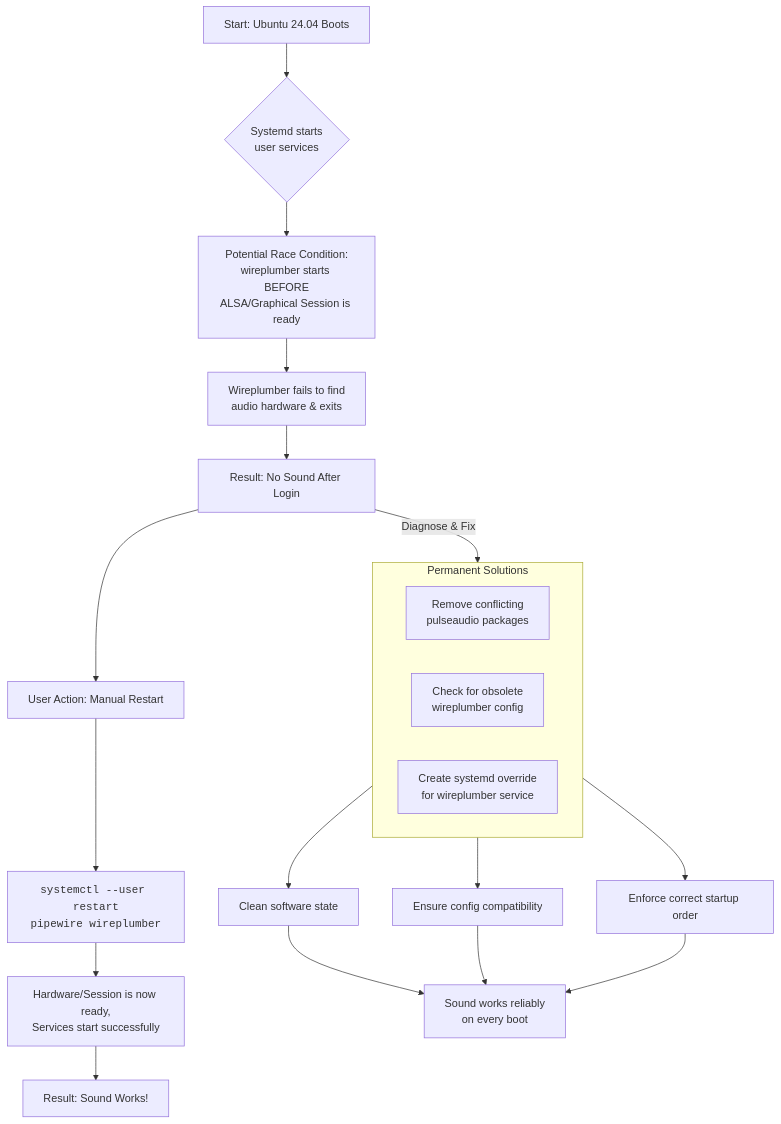
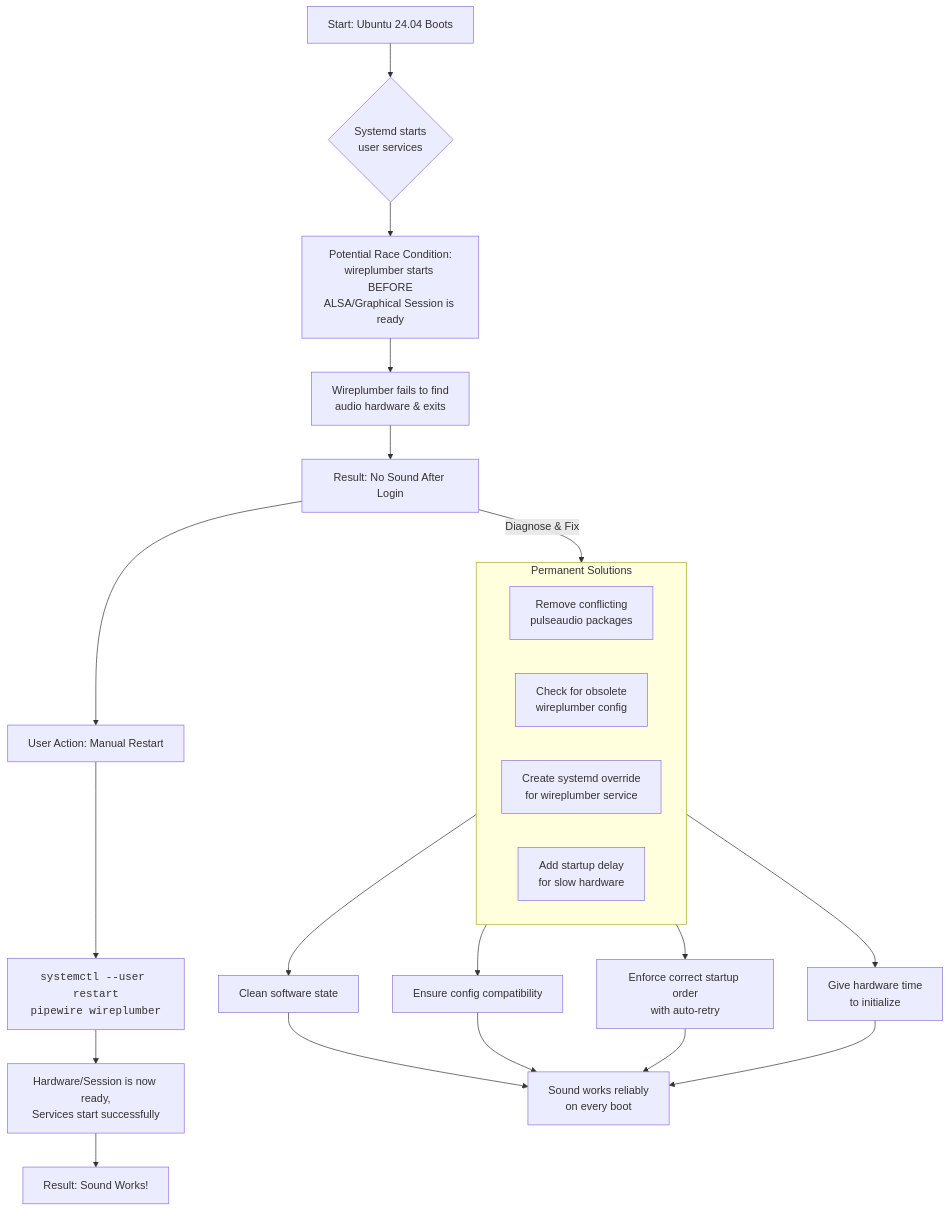
One commit to htghuzaifa2/huzi.pk-web-v2 changed the diagram in src/data/blogs/posts/tech/pipewire-ubuntu-24-04-no-sound-restart.md. Above: the diagram before and after it, drawn with Mermaid. The commit also changed other lines of this file and 488 other files, not shown here.

````diff
--- a/src/data/blogs/posts/tech/pipewire-ubuntu-24-04-no-sound-restart.md
+++ b/src/data/blogs/posts/tech/pipewire-ubuntu-24-04-no-sound-restart.md
@@ -51,26 +235,28 @@
 ```mermaid
 flowchart TD
     A[Start: Ubuntu 24.04 Boots] --> B{Systemd starts<br>user services};
     B --> C[Potential Race Condition:<br>wireplumber starts BEFORE<br>ALSA/Graphical Session is ready];
     C --> D[Wireplumber fails to find<br>audio hardware & exits];
     D --> E[Result: No Sound After Login];
 
     E --> F[User Action: Manual Restart];
     F --> G[<code>systemctl --user restart<br>pipewire wireplumber</code>];
     G --> H[Hardware/Session is now ready,<br>Services start successfully];
     H --> I[Result: Sound Works!];
 
     subgraph J [Permanent Solutions]
         direction LR
         K1[Remove conflicting<br>pulseaudio packages]
         K2[Check for obsolete<br>wireplumber config]
         K3[Create systemd override<br>for wireplumber service]
+        K4[Add startup delay<br>for slow hardware]
     end
 
     E -- Diagnose & Fix --> J;
     K1 --> L[Clean software state];
     K2 --> M[Ensure config compatibility];
-    K3 --> N[Enforce correct startup order];
+    K3 --> N[Enforce correct startup order<br>with auto-retry];
+    K4 --> O[Give hardware time<br>to initialize];
 
-    L & M & N --> O[Sound works reliably<br>on every boot];
+    L & M & N & O --> P[Sound works reliably<br>on every boot];
 ```
````
